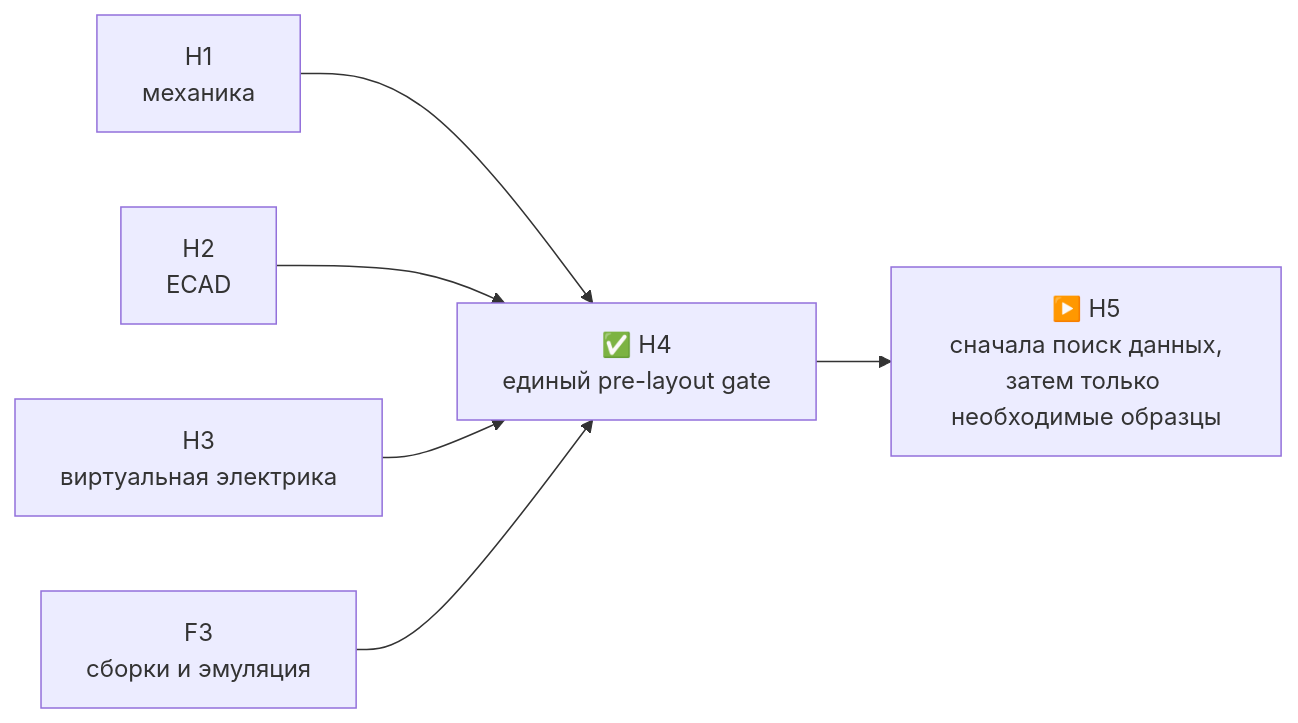
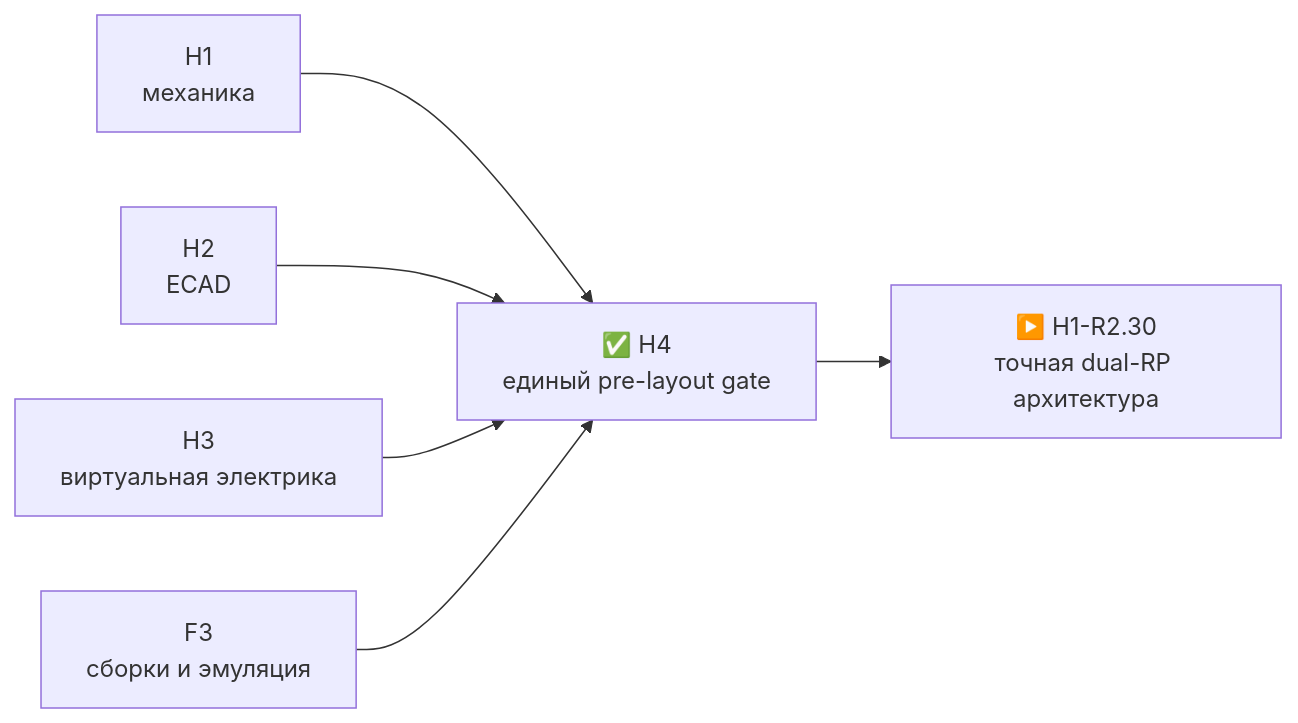
The diagram in docs/h4-prelayout-gate-report.ru.md (anton-vinogradov/esp32-leshy2), drawn with Mermaid before and after one commit. The commit also changed other lines of this file and 161 other files, not shown here.

````diff
--- a/docs/h4-prelayout-gate-report.ru.md
+++ b/docs/h4-prelayout-gate-report.ru.md
@@ -7,8 +7,8 @@
 ```mermaid
 flowchart LR
   H1["H1<br/>механика"] --> H4["✅ H4<br/>единый pre-layout gate"]
   H2["H2<br/>ECAD"] --> H4
   H3["H3<br/>виртуальная электрика"] --> H4
   F3["F3<br/>сборки и эмуляция"] --> H4
-  H4 --> H5["▶️ H5<br/>сначала поиск данных,<br/>затем только необходимые образцы"]
+  H4 --> R2["▶️ H1-R2.30<br/>точная dual-RP архитектура"]
 ```
````
